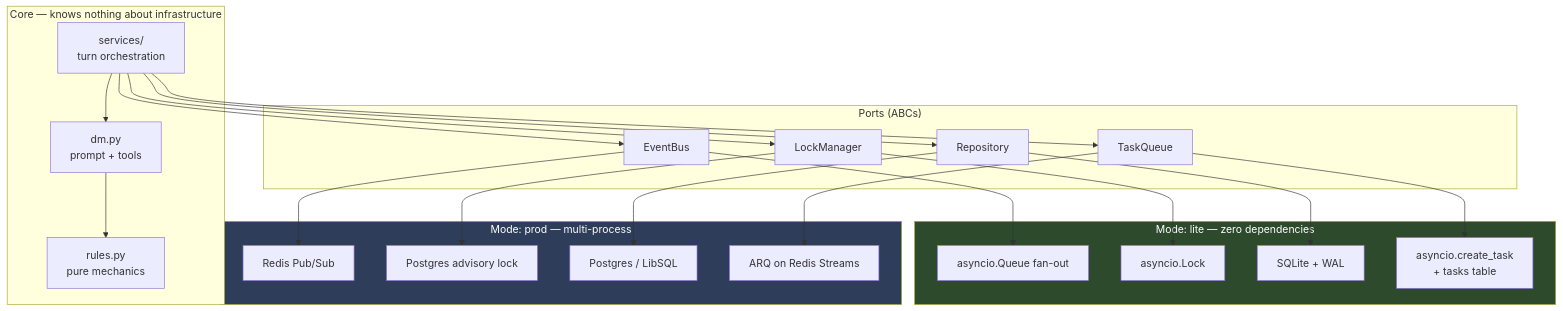
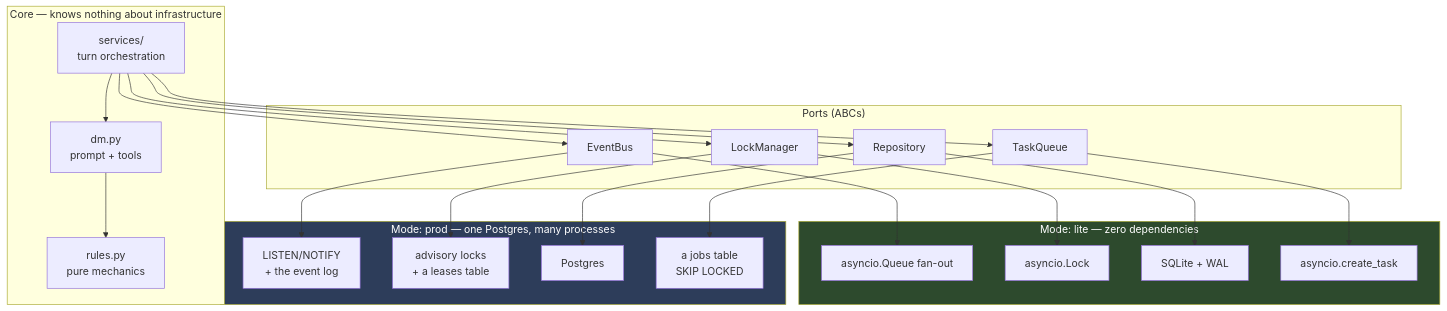
The fourth of 5 diagrams in ARCHITECTURE.md (theam-ops/ai-dungeon-master), drawn with Mermaid before and after one commit. The commit also changed other lines of this file and 26 other files, not shown here.

First line of the commit message:
Run on several servers at once, sharing one Postgres

````diff
--- a/ARCHITECTURE.md
+++ b/ARCHITECTURE.md
@@ -330,39 +337,39 @@
 ```mermaid
 graph TB
     subgraph Core["Core — knows nothing about infrastructure"]
         RULES["rules.py<br/>pure mechanics"]
         DMC["dm.py<br/>prompt + tools"]
         SVC["services/<br/>turn orchestration"]
     end
 
     subgraph Ports["Ports (ABCs)"]
         P1["EventBus"]
         P2["LockManager"]
         P3["Repository"]
         P4["TaskQueue"]
     end
 
     subgraph Lite["Mode: lite — zero dependencies"]
         L1["asyncio.Queue fan-out"]
         L2["asyncio.Lock"]
         L3["SQLite + WAL"]
-        L4["asyncio.create_task<br/>+ tasks table"]
+        L4["asyncio.create_task"]
     end
 
-    subgraph Prod["Mode: prod — multi-process"]
-        R1["Redis Pub/Sub"]
-        R2["Postgres advisory lock"]
-        R3["Postgres / LibSQL"]
-        R4["ARQ on Redis Streams"]
+    subgraph Prod["Mode: prod — one Postgres, many processes"]
+        R1["LISTEN/NOTIFY<br/>+ the event log"]
+        R2["advisory locks<br/>+ a leases table"]
+        R3["Postgres"]
+        R4["a jobs table<br/>SKIP LOCKED"]
     end
 
     SVC --> P1 & P2 & P3 & P4
     SVC --> DMC --> RULES
     P1 --> L1 & R1
     P2 --> L2 & R2
     P3 --> L3 & R3
     P4 --> L4 & R4
 
     style Lite fill:#2d4a2d,color:#fff
     style Prod fill:#2d3d5a,color:#fff
 ```
````
